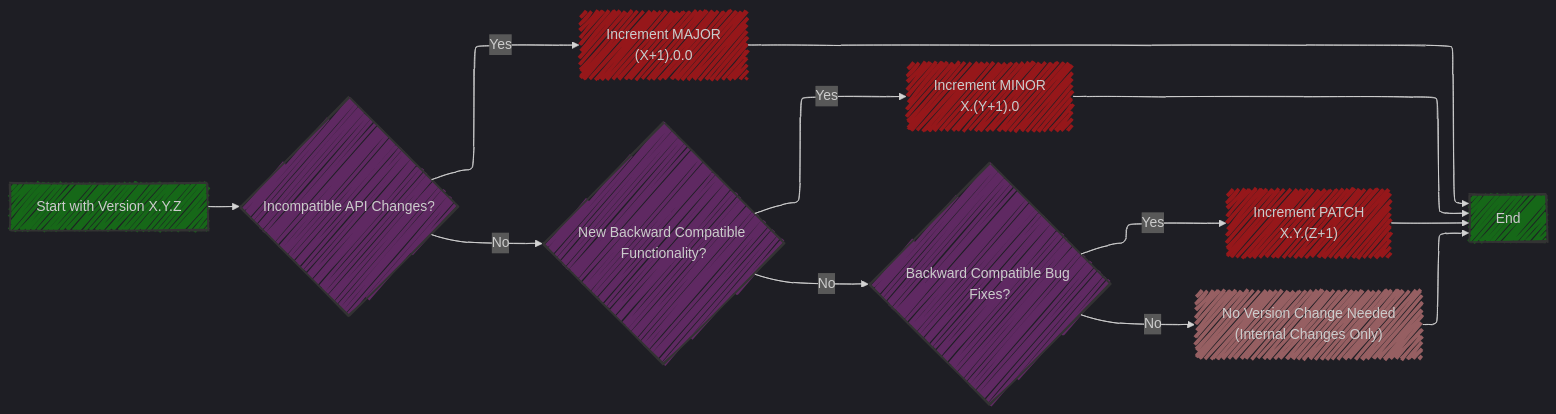
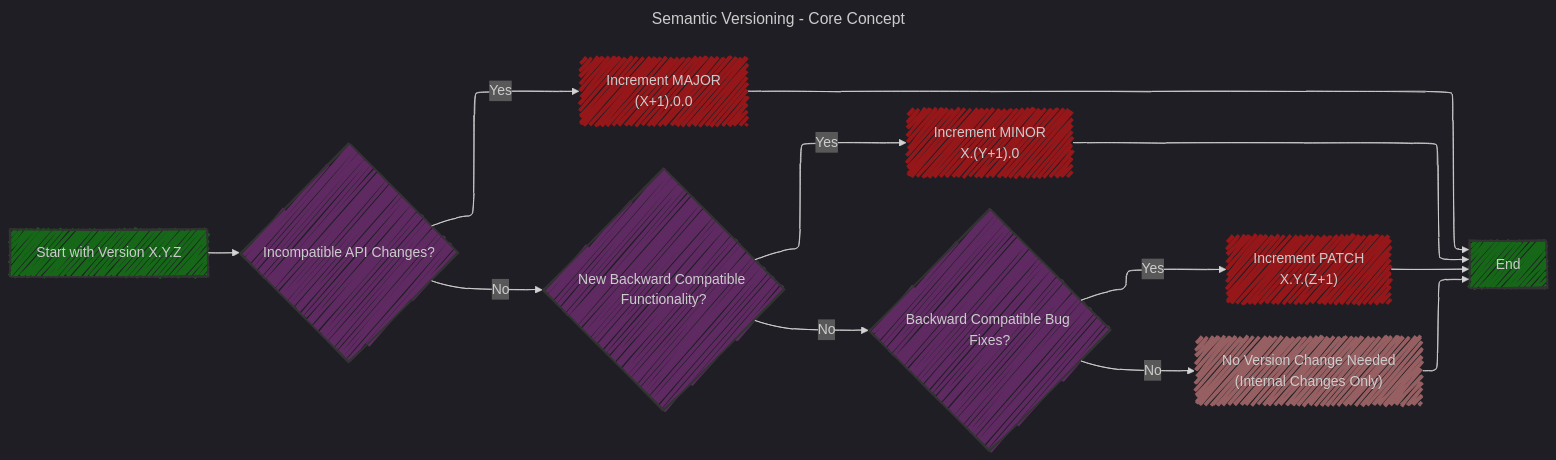
One commit to CongLeSolutionX/iOS-development-vault changed the first of 4 diagrams in Semantic_Versioning/Semantic_Versioning_2_in_Mermaid_V1.md. Above: the diagram before and after it, drawn with Mermaid. The commit also changed other lines of this file and 6 other files, not shown here.

````diff
--- a/Semantic_Versioning/Semantic_Versioning_2_in_Mermaid_V1.md
+++ b/Semantic_Versioning/Semantic_Versioning_2_in_Mermaid_V1.md
@@ -26,44 +26,45 @@
 ```mermaid
 ---
+title: Semantic Versioning - Core Concept
 config:
   layout: elk
   look: handDrawn
   theme: dark
 ---
 graph LR
     A["Start with Version X.Y.Z"];
     B{"Incompatible API Changes?"};
     C["Increment MAJOR<br>(X+1).0.0"];
     D{"New Backward Compatible Functionality?"};
     E["Increment MINOR<br>X.(Y+1).0"];
     F{"Backward Compatible Bug Fixes?"};
     G["Increment PATCH <br> X.Y.(Z+1)"];
     H["No Version Change Needed<br>(Internal Changes Only)"];
     I["End"];
     
     A--> B
     B -- Yes --> C
     B -- No --> D
     D -- Yes --> E
     D -- No --> F
     F -- Yes --> G
     F -- No --> H
     
     C --> I
     E --> I
     G --> I
     H --> I
 
     classDef Start_and_End_Point fill:#1919,stroke:#333,stroke-width:2px;
     class A,I Start_and_End_Point;
 
     classDef Decision_Point fill:#9398,stroke:#333,stroke-width:2px;
     class B,D,F Decision_Point
 
     classDef No_Choice fill:#f998,stroke:#33,stroke-width:2px;
     class H No_Choice;
 
     classDef Yes_Choice fill:#f118,stroke:#33,stroke-width:2px;
     class C,E,G Yes_Choice;
     
 ```
````
